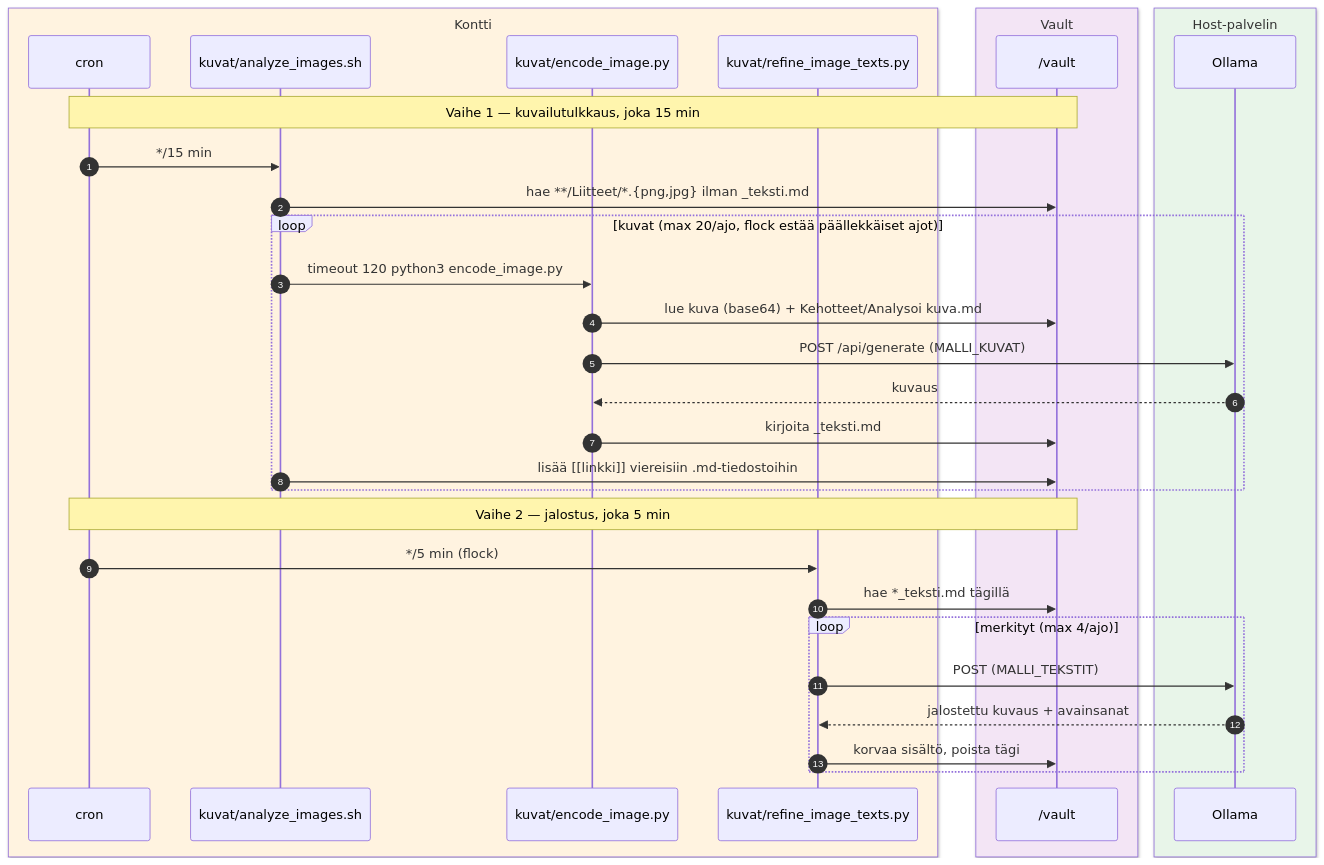
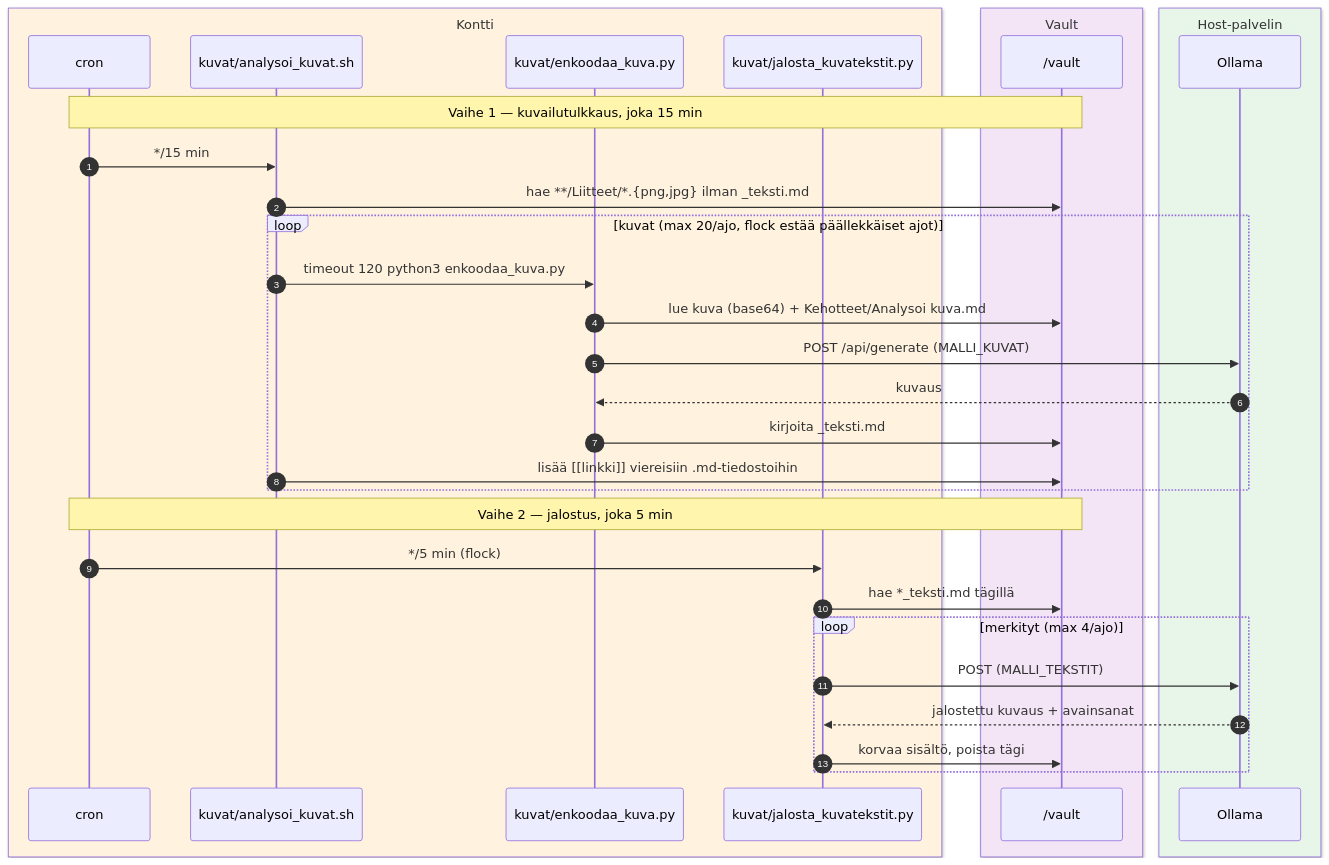
Before and after one commit to atonusgit/mactonus: the diagram in scripts/kuvat/README.md, drawn with Mermaid. The commit also changed other lines of this file and 51 other files, not shown here.

````diff
--- a/scripts/kuvat/README.md
+++ b/scripts/kuvat/README.md
@@ -5,37 +5,37 @@
 ```mermaid
 sequenceDiagram
     autonumber
     box rgb(255, 243, 224) Kontti
         participant Cron as cron
-        participant AI as kuvat/analyze_images.sh
-        participant Enc as kuvat/encode_image.py
-        participant Ref as kuvat/refine_image_texts.py
+        participant AI as kuvat/analysoi_kuvat.sh
+        participant Enc as kuvat/enkoodaa_kuva.py
+        participant Ref as kuvat/jalosta_kuvatekstit.py
     end
     box rgb(243, 229, 245) Vault
         participant V as /vault
     end
     box rgb(232, 245, 233) Host-palvelin
         participant Ol as Ollama
     end
 
     Note over Cron,V: Vaihe 1 — kuvailutulkkaus, joka 15 min
     Cron->>AI: */15 min
     AI->>V: hae **/Liitteet/*.{png,jpg} ilman _teksti.md
     loop kuvat (max 20/ajo, flock estää päällekkäiset ajot)
-        AI->>Enc: timeout 120 python3 encode_image.py
+        AI->>Enc: timeout 120 python3 enkoodaa_kuva.py
         Enc->>V: lue kuva (base64) + Kehotteet/Analysoi kuva.md
         Enc->>Ol: POST /api/generate (MALLI_KUVAT)
         Ol-->>Enc: kuvaus
         Enc->>V: kirjoita _teksti.md
         AI->>V: lisää [[linkki]] viereisiin .md-tiedostoihin
     end
 
     Note over Cron,V: Vaihe 2 — jalostus, joka 5 min
     Cron->>Ref: */5 min (flock)
     Ref->>V: hae *_teksti.md tägillä #siisti-kuvailutulkkaus
     loop merkityt (max 4/ajo)
         Ref->>Ol: POST (MALLI_TEKSTIT)
         Ol-->>Ref: jalostettu kuvaus + avainsanat
         Ref->>V: korvaa sisältö, poista tägi
     end
 ```
````
